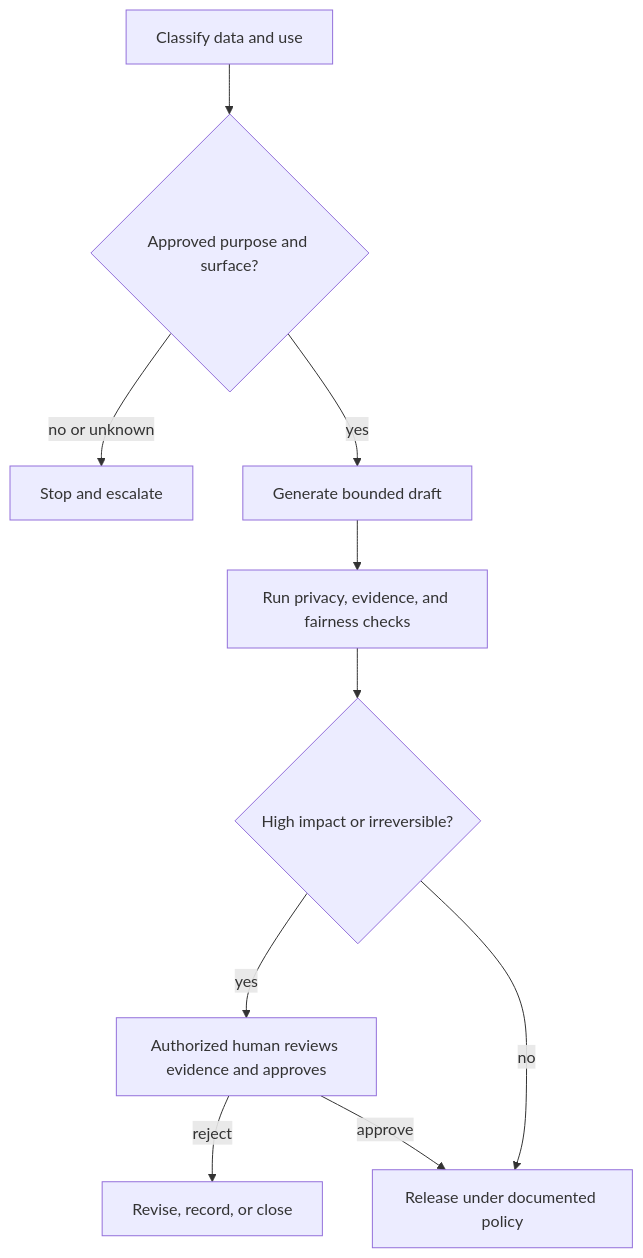
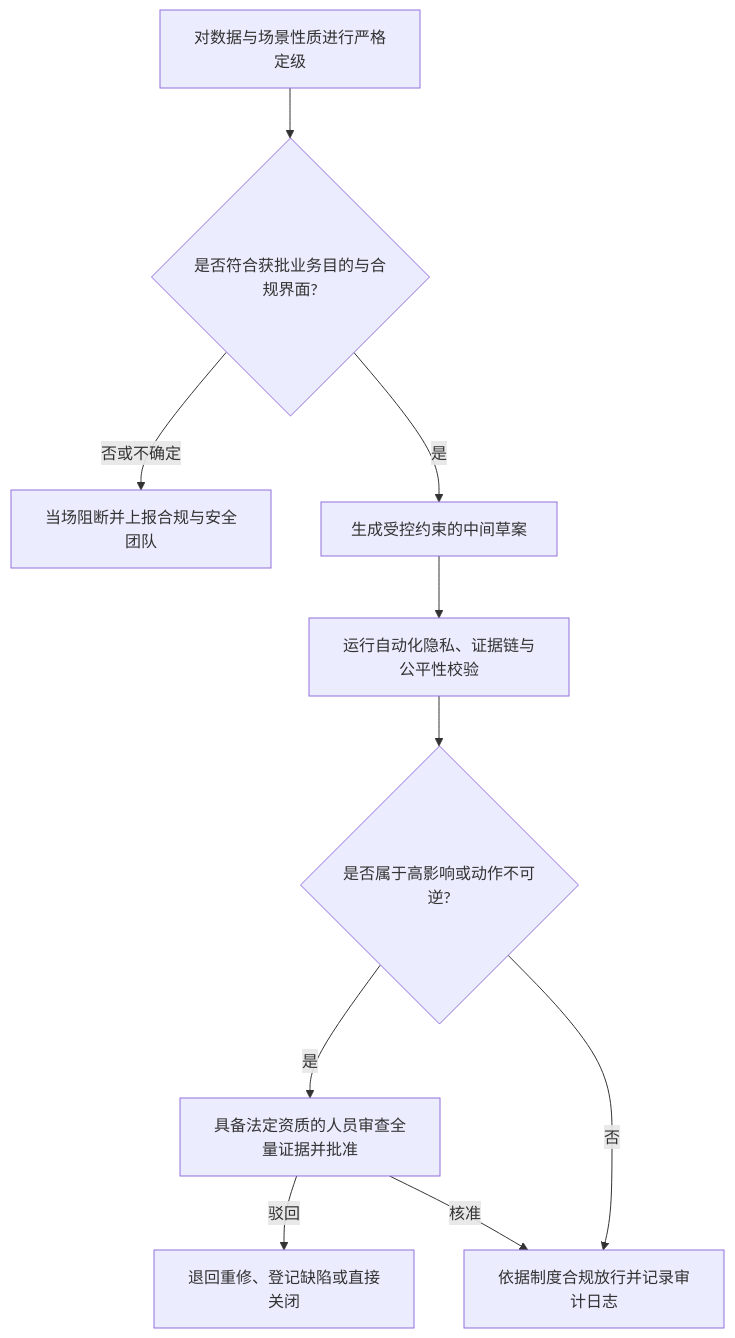
One commit to cluster1900/ai-engineering-from-scratch-zh changed the diagram in certifications/claude/lessons/06-governance-safety-and-responsible-use/docs/en.md. Above: the diagram before and after it, drawn with Mermaid. The commit also changed other lines of this file and 187 other files, not shown here.

````diff
--- a/certifications/claude/lessons/06-governance-safety-and-responsible-use/docs/en.md
+++ b/certifications/claude/lessons/06-governance-safety-and-responsible-use/docs/en.md
@@ -116,12 +111,12 @@
 ```mermaid
 flowchart TD
-    A["Classify data and use"] --> B{"Approved purpose and surface?"}
-    B -->|"no or unknown"| C["Stop and escalate"]
-    B -->|"yes"| D["Generate bounded draft"]
-    D --> E["Run privacy, evidence, and fairness checks"]
-    E --> F{"High impact or irreversible?"}
-    F -->|"yes"| G["Authorized human reviews evidence and approves"]
-    F -->|"no"| H["Release under documented policy"]
-    G -->|"reject"| I["Revise, record, or close"]
-    G -->|"approve"| H
+    A["对数据与场景性质进行严格定级"] --> B{"是否符合获批业务目的与合规界面?"}
+    B -->|"否或不确定"| C["当场阻断并上报合规与安全团队"]
+    B -->|"是"| D["生成受控约束的中间草案"]
+    D --> E["运行自动化隐私、证据链与公平性校验"]
+    E --> F{"是否属于高影响或动作不可逆?"}
+    F -->|"是"| G["具备法定资质的人员审查全量证据并批准"]
+    F -->|"否"| H["依据制度合规放行并记录审计日志"]
+    G -->|"驳回"| I["退回重修、登记缺陷或直接关闭"]
+    G -->|"核准"| H
 ```
````
